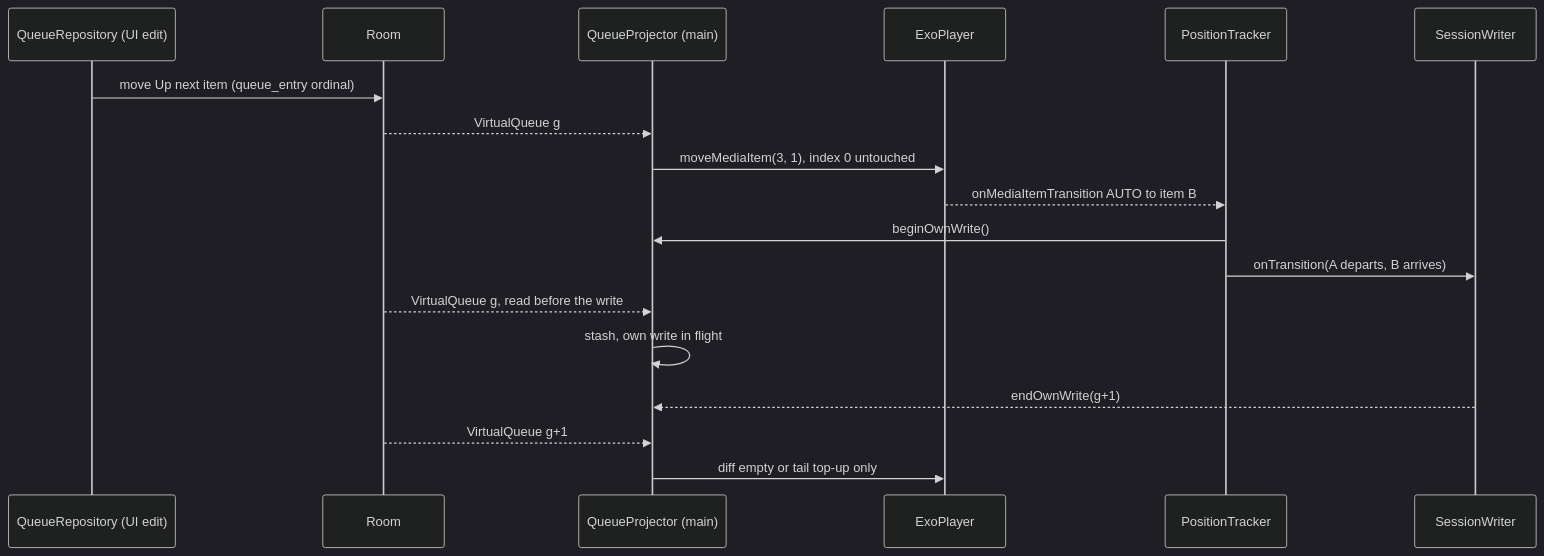
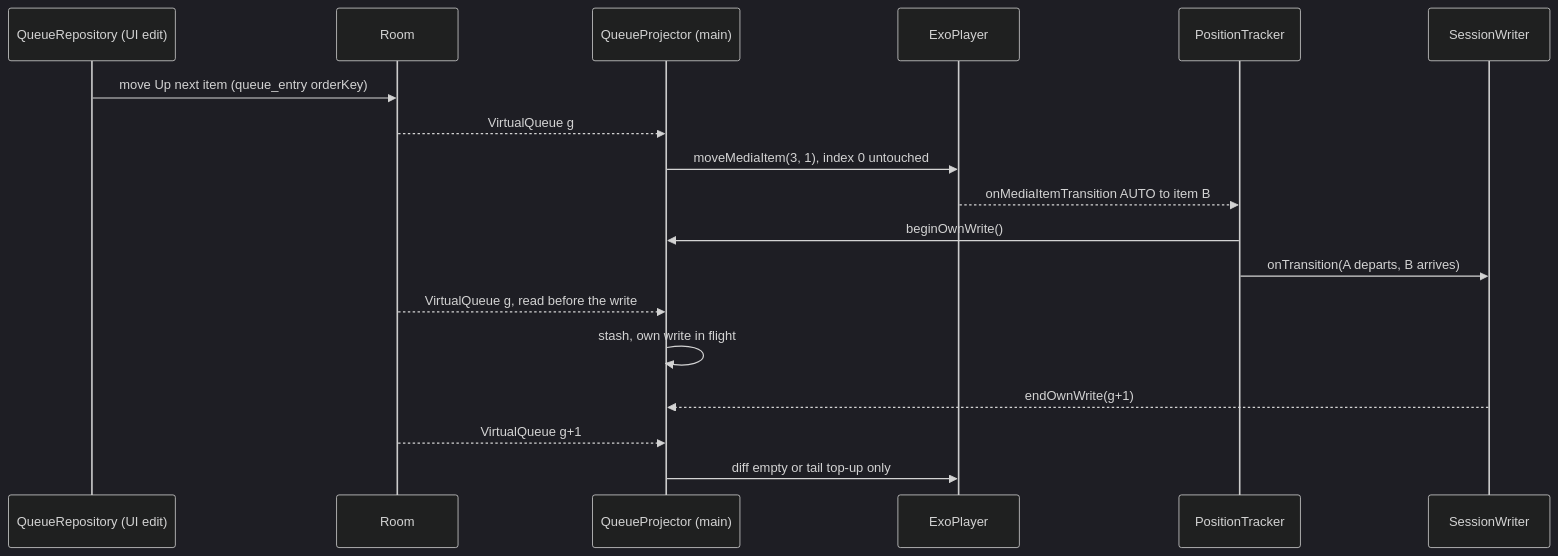
Before and after one commit to BigBoyDevBox/Neutrodyne: the sixth of 8 diagrams in docs/design/06-playback.md, drawn with Mermaid (dark theme). The commit also changed other lines of this file and 2 other files, not shown here.

````diff
--- a/docs/design/06-playback.md
+++ b/docs/design/06-playback.md
@@ -706,20 +857,20 @@
 ```mermaid
 sequenceDiagram
   participant Q as QueueRepository (UI edit)
   participant DB as Room
   participant PJ as QueueProjector (main)
   participant X as ExoPlayer
   participant PT as PositionTracker
   participant SW as SessionWriter
-  Q->>DB: move Up next item (queue_entry ordinal)
+  Q->>DB: move Up next item (queue_entry orderKey)
   DB-->>PJ: VirtualQueue g
   PJ->>X: moveMediaItem(3, 1), index 0 untouched
   X-->>PT: onMediaItemTransition AUTO to item B
   PT->>PJ: beginOwnWrite()
   PT->>SW: onTransition(A departs, B arrives)
   DB-->>PJ: VirtualQueue g, read before the write
   PJ->>PJ: stash, own write in flight
   SW-->>PJ: endOwnWrite(g+1)
   DB-->>PJ: VirtualQueue g+1
   PJ->>X: diff empty or tail top-up only
 ```
````
